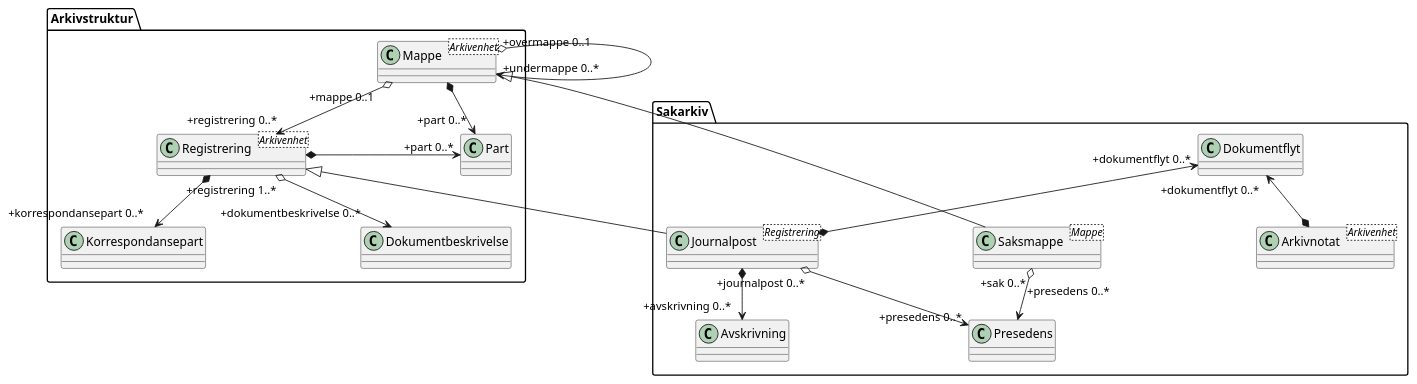
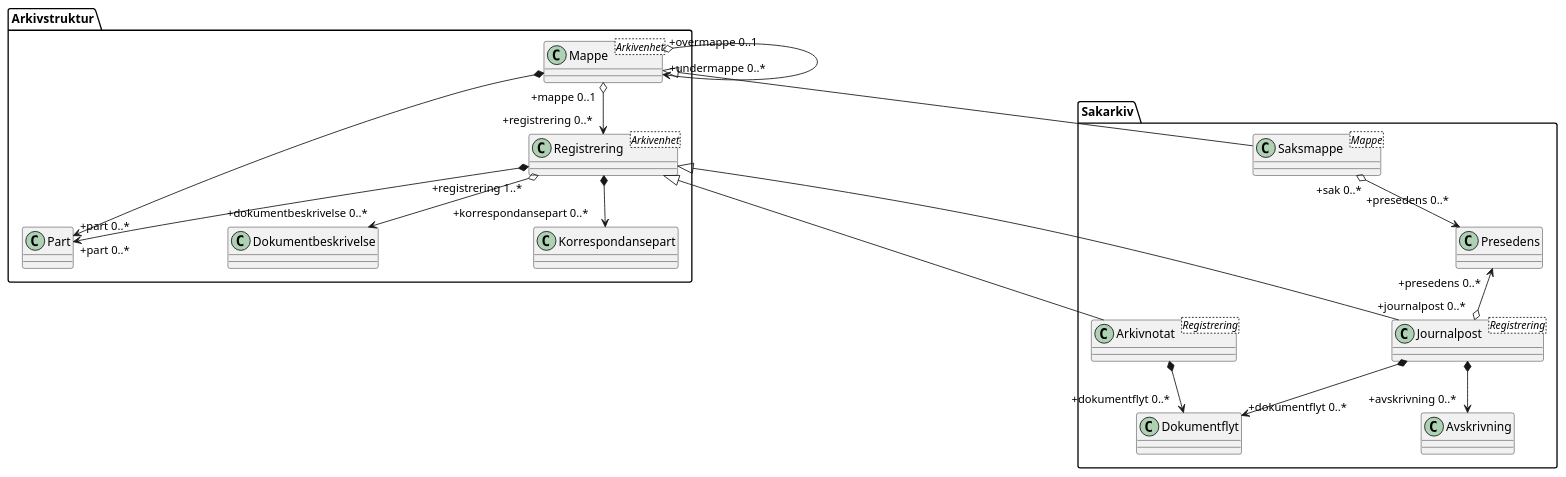
The diagram in kapitler/media/uml-sakarkiv-entiteter.puml (arkivverket/noark5-tjenestegrensesnitt-standard), drawn with PlantUML before and after one commit. The commit also changed 3 other files, not shown here.

Commit message:
Korriger UML-diagram etter flytting av Part/Korrespondansepart til Arkivstruktur.

```diff
--- a/kapitler/media/uml-sakarkiv-entiteter.puml
+++ b/kapitler/media/uml-sakarkiv-entiteter.puml
@@ -1,27 +1,28 @@
 @startuml uml-sakarkiv-entiteter.puml
 skinparam classAttributeIconSize 0
 skinparam nodesep 180
 
 class Arkivstruktur.Mappe <Arkivenhet>
 class Arkivstruktur.Registrering <Arkivenhet>
 class Sakarkiv.Journalpost <Registrering>
 class Sakarkiv.Saksmappe <Mappe>
-class Sakarkiv.Arkivnotat <Arkivenhet>
+class Sakarkiv.Arkivnotat <Registrering>
 
 Arkivstruktur.Registrering <|-- Sakarkiv.Journalpost
+Arkivstruktur.Registrering <|-- Sakarkiv.Arkivnotat
 Arkivstruktur.Mappe <|-- Sakarkiv.Saksmappe
 
 Arkivstruktur.Mappe "+mappe 0..1" o--> "+registrering 0..*" Arkivstruktur.Registrering
 Arkivstruktur.Mappe "+overmappe 0..1" o--> "+undermappe 0..*" Arkivstruktur.Mappe
-Arkivstruktur.Mappe *-> "+part 0..*" Arkivstruktur.Part
-Arkivstruktur.Registrering *-> "+part 0..*" Arkivstruktur.Part
+Arkivstruktur.Mappe *--> "+part 0..*" Arkivstruktur.Part
+Arkivstruktur.Registrering *--> "+part 0..*" Arkivstruktur.Part
 Sakarkiv.Saksmappe "+sak 0..*" o--> "+presedens 0..*\n" Sakarkiv.Presedens
-Sakarkiv.Journalpost "+journalpost 0..*" o--> "+presedens 0..*" Sakarkiv.Presedens
+Sakarkiv.Presedens "+presedens 0..*" <--o  "+journalpost 0..*" Sakarkiv.Journalpost
 
 Arkivstruktur.Registrering *--> "+korrespondansepart 0..*" Arkivstruktur.Korrespondansepart
 Sakarkiv.Journalpost *--> "+avskrivning 0..*" Sakarkiv.Avskrivning
-Sakarkiv.Dokumentflyt "+dokumentflyt 0..*" <--* Sakarkiv.Journalpost
-Sakarkiv.Dokumentflyt "+dokumentflyt 0..*" <--* Sakarkiv.Arkivnotat
+Sakarkiv.Journalpost *--> "+dokumentflyt 0..*" Sakarkiv.Dokumentflyt
+Sakarkiv.Arkivnotat *--> "+dokumentflyt 0..*" Sakarkiv.Dokumentflyt
 
 Arkivstruktur.Registrering "+registrering 1..*" o--> "+dokumentbeskrivelse 0..*" Arkivstruktur.Dokumentbeskrivelse 
 @enduml
```
